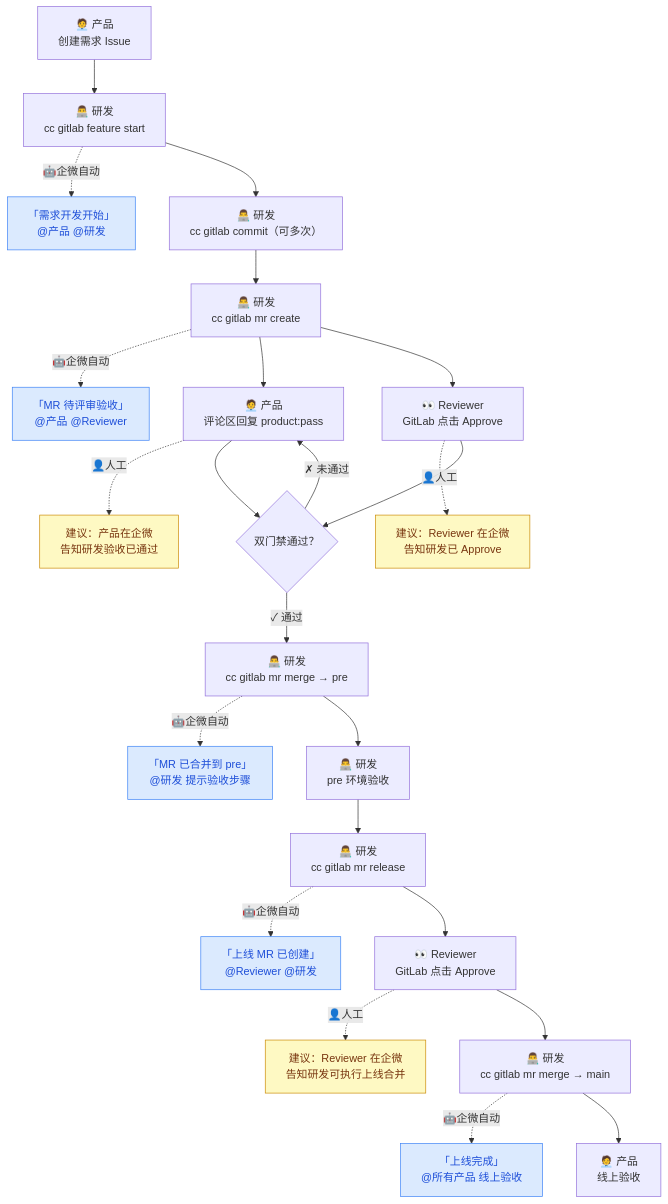
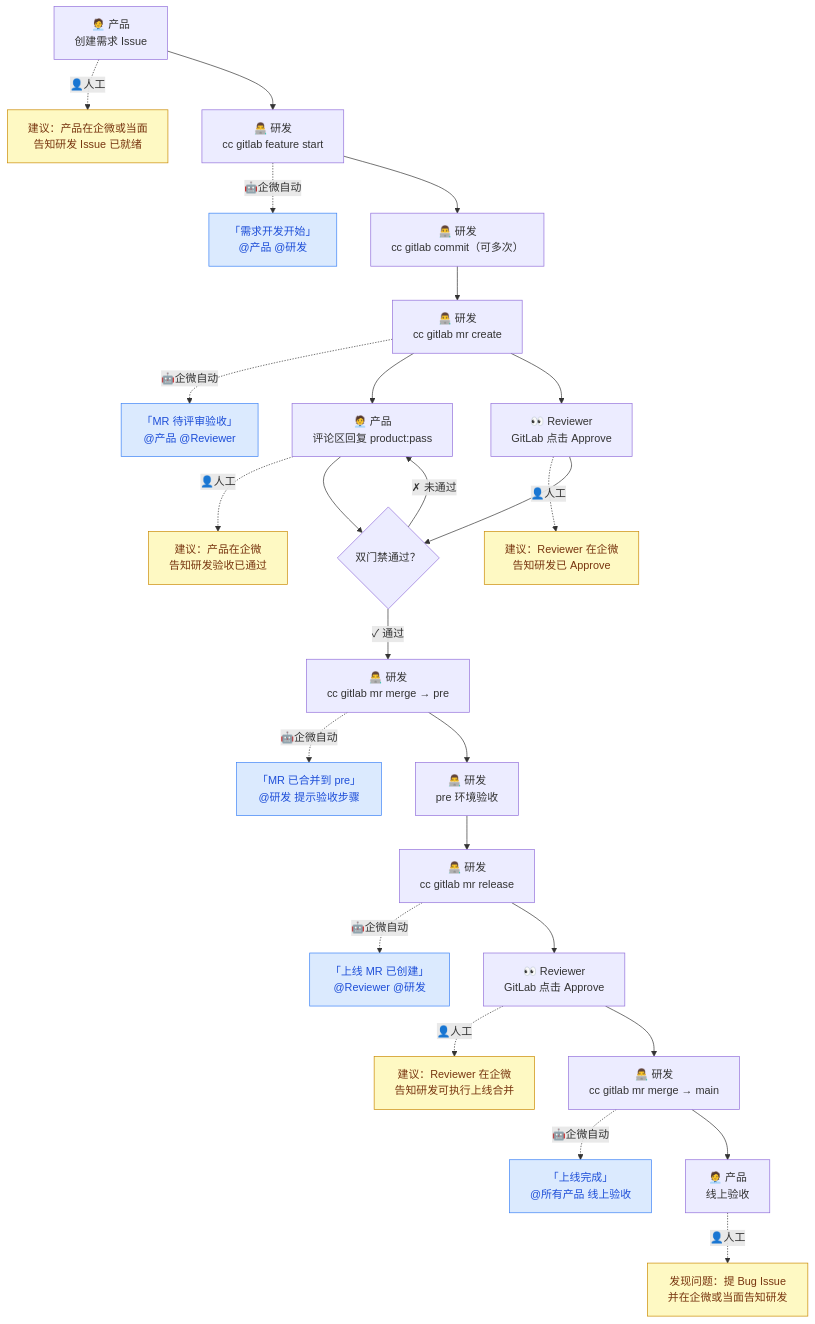
The first of 2 diagrams in README.md (hustwujing/ai-workflow), drawn with Mermaid before and after one commit. The commit also changed other lines of this file, not shown here.

First line of the commit message:
docs: 补充流程图中所有需人工通知的黄色节点

````diff
--- a/README.md
+++ b/README.md
@@ -122,28 +122,30 @@
 ```mermaid
 flowchart TD
     classDef bot fill:#dbeafe,stroke:#3b82f6,color:#1d4ed8
     classDef human fill:#fef9c3,stroke:#ca8a04,color:#78350f
 
-    A["🧑‍💼 产品\n创建需求 Issue"] --> B["👨‍💻 研发\ncc gitlab feature start"]
+    A["🧑‍💼 产品\n创建需求 Issue"] -. 👤人工 .-> aN["建议：产品在企微或当面\n告知研发 Issue 已就绪"]:::human
+    A --> B["👨‍💻 研发\ncc gitlab feature start"]
     B -. 🤖企微自动 .-> bN["「需求开发开始」\n@产品 @研发"]:::bot
     B --> C["👨‍💻 研发\ncc gitlab commit（可多次）"]
     C --> D["👨‍💻 研发\ncc gitlab mr create"]
     D -. 🤖企微自动 .-> dN["「MR 待评审验收」\n@产品 @Reviewer"]:::bot
     D --> E["🧑‍💼 产品\n评论区回复 product:pass"]
     D --> F["👀 Reviewer\nGitLab 点击 Approve"]
     E -. 👤人工 .-> eN["建议：产品在企微\n告知研发验收已通过"]:::human
     F -. 👤人工 .-> fN["建议：Reviewer 在企微\n告知研发已 Approve"]:::human
     E --> G{"双门禁通过？"}
     F --> G
     G -->|"✗ 未通过"| E
     G -->|"✓ 通过"| H["👨‍💻 研发\ncc gitlab mr merge → pre"]
     H -. 🤖企微自动 .-> hN["「MR 已合并到 pre」\n@研发 提示验收步骤"]:::bot
     H --> I["👨‍💻 研发\npre 环境验收"]
     I --> J["👨‍💻 研发\ncc gitlab mr release"]
     J -. 🤖企微自动 .-> jN["「上线 MR 已创建」\n@Reviewer @研发"]:::bot
     J --> K["👀 Reviewer\nGitLab 点击 Approve"]
     K -. 👤人工 .-> kN["建议：Reviewer 在企微\n告知研发可执行上线合并"]:::human
     K --> L["👨‍💻 研发\ncc gitlab mr merge → main"]
     L -. 🤖企微自动 .-> lN["「上线完成」\n@所有产品 线上验收"]:::bot
     L --> M["🧑‍💼 产品\n线上验收"]
+    M -. 👤人工 .-> mN["发现问题：提 Bug Issue\n并在企微或当面告知研发"]:::human
 ```
````
